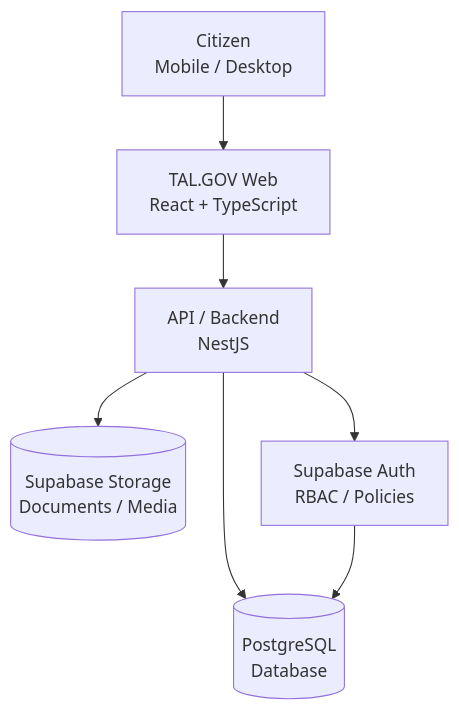
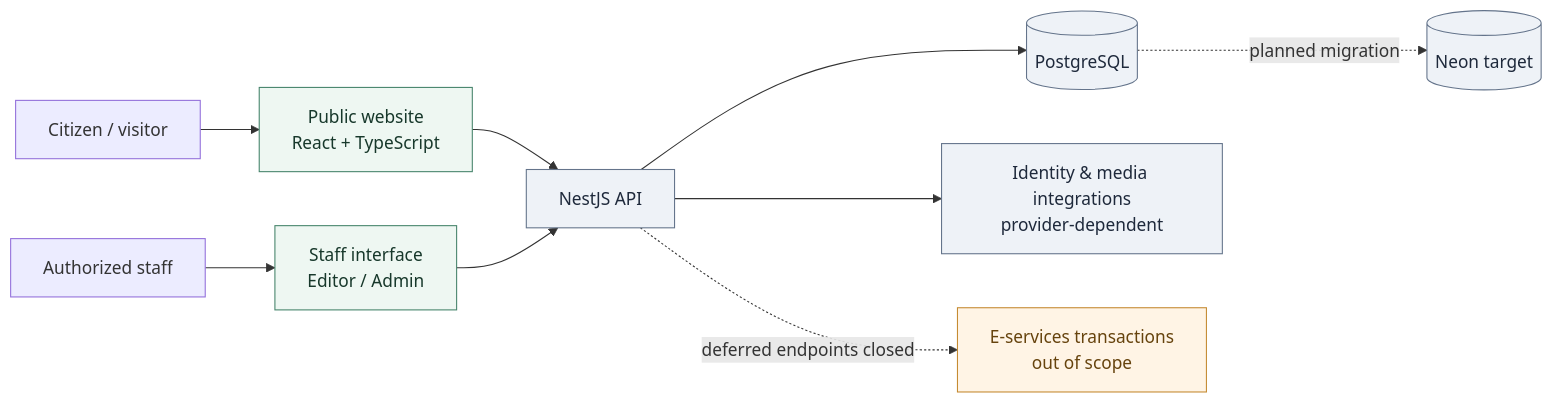
Before and after one commit to azinamouto/Talibon-Official-Website-BetaTest-V1.5: the diagram in README.md, drawn with Mermaid. The commit also changed other lines of this file, not shown here.

````diff
--- a/README.md
+++ b/README.md
@@ -146,9 +116,18 @@
 ```mermaid
-flowchart TD
-    A["Citizen<br/>Mobile / Desktop"] --> B["TAL.GOV Web<br/>React + TypeScript"]
-    B --> C["API / Backend<br/>NestJS"]
-    C --> D[("PostgreSQL<br/>Database")]
-    C --> E[("Supabase Storage<br/>Documents / Media")]
-    C --> F["Supabase Auth<br/>RBAC / Policies"]
-    F --> D
+flowchart LR
+    V["Citizen / visitor"] --> UI["Public website<br/>React + TypeScript"]
+    E["Authorized staff"] --> ADMIN["Staff interface<br/>Editor / Admin"]
+    UI --> API["NestJS API"]
+    ADMIN --> API
+    API --> DB[("PostgreSQL")]
+    API --> ASSET["Identity & media integrations<br/>provider-dependent"]
+    API -. "deferred endpoints closed" .-> X["E-services transactions<br/>out of scope"]
+    DB -. "planned migration" .-> N[("Neon target")]
+
+    classDef surface fill:#eef7f2,stroke:#46846b,color:#17382b;
+    classDef core fill:#eef2f7,stroke:#64748b,color:#1e293b;
+    classDef deferred fill:#fff4e5,stroke:#c58b32,color:#66430d;
+    class UI,ADMIN surface;
+    class API,DB,ASSET,N core;
+    class X deferred;
 ```
````
